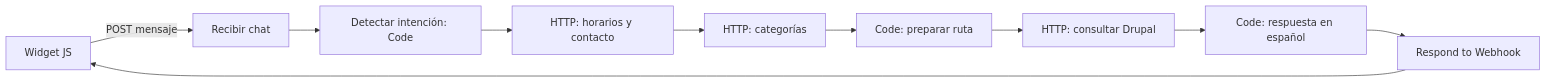
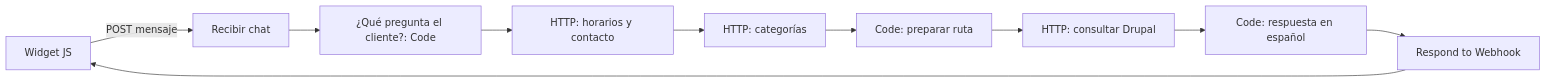
Before and after one commit to dimas-flores/balto-veterinaria-proyecto: the diagram in docs/fase-6.md, drawn with Mermaid. The commit also changed other lines of this file and 7 other files, not shown here.

````diff
--- a/docs/fase-6.md
+++ b/docs/fase-6.md
@@ -82,12 +82,12 @@
 ```mermaid
 flowchart LR
   Widget[Widget JS] -->|POST mensaje| Webhook[Recibir chat]
-  Webhook --> Reglas[Detectar intención: Code]
+  Webhook --> Reglas[¿Qué pregunta el cliente?: Code]
   Reglas --> Contacto[HTTP: horarios y contacto]
   Contacto --> Categorias[HTTP: categorías]
   Categorias --> Plan[Code: preparar ruta]
   Plan --> Consulta[HTTP: consultar Drupal]
   Consulta --> Espanol[Code: respuesta en español]
   Espanol --> Responder[Respond to Webhook]
   Responder --> Widget
 ```
````
